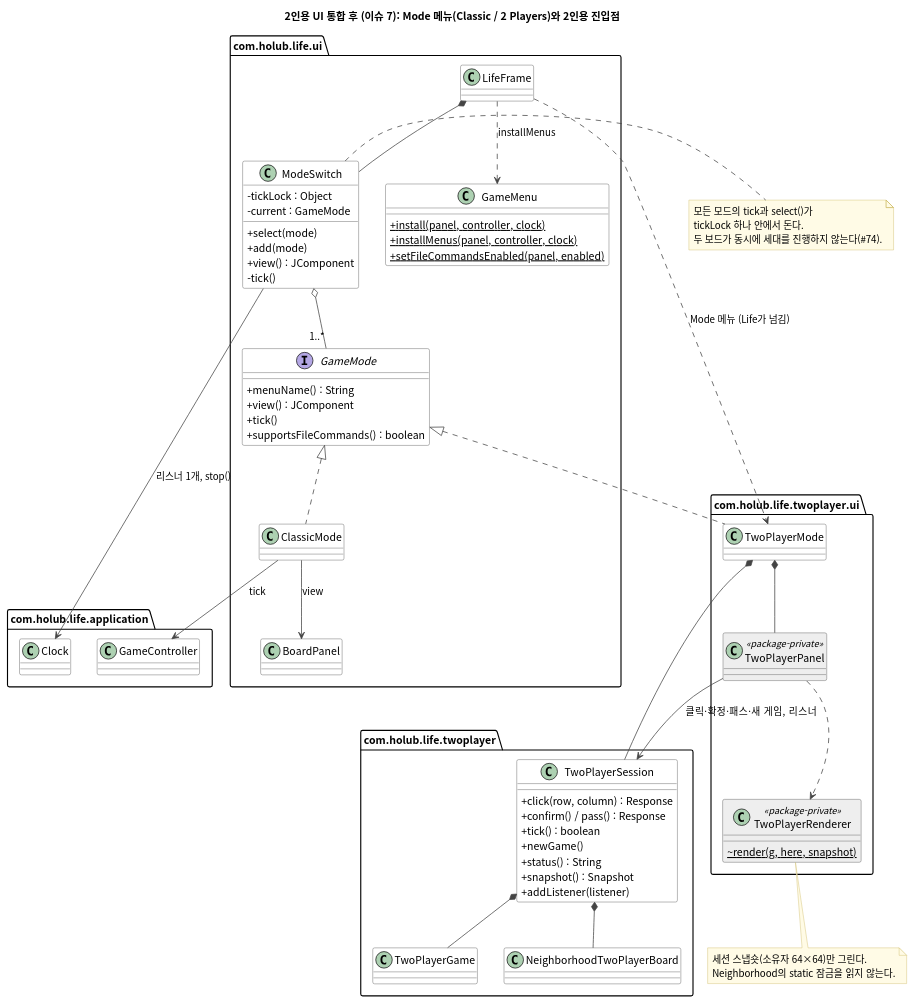
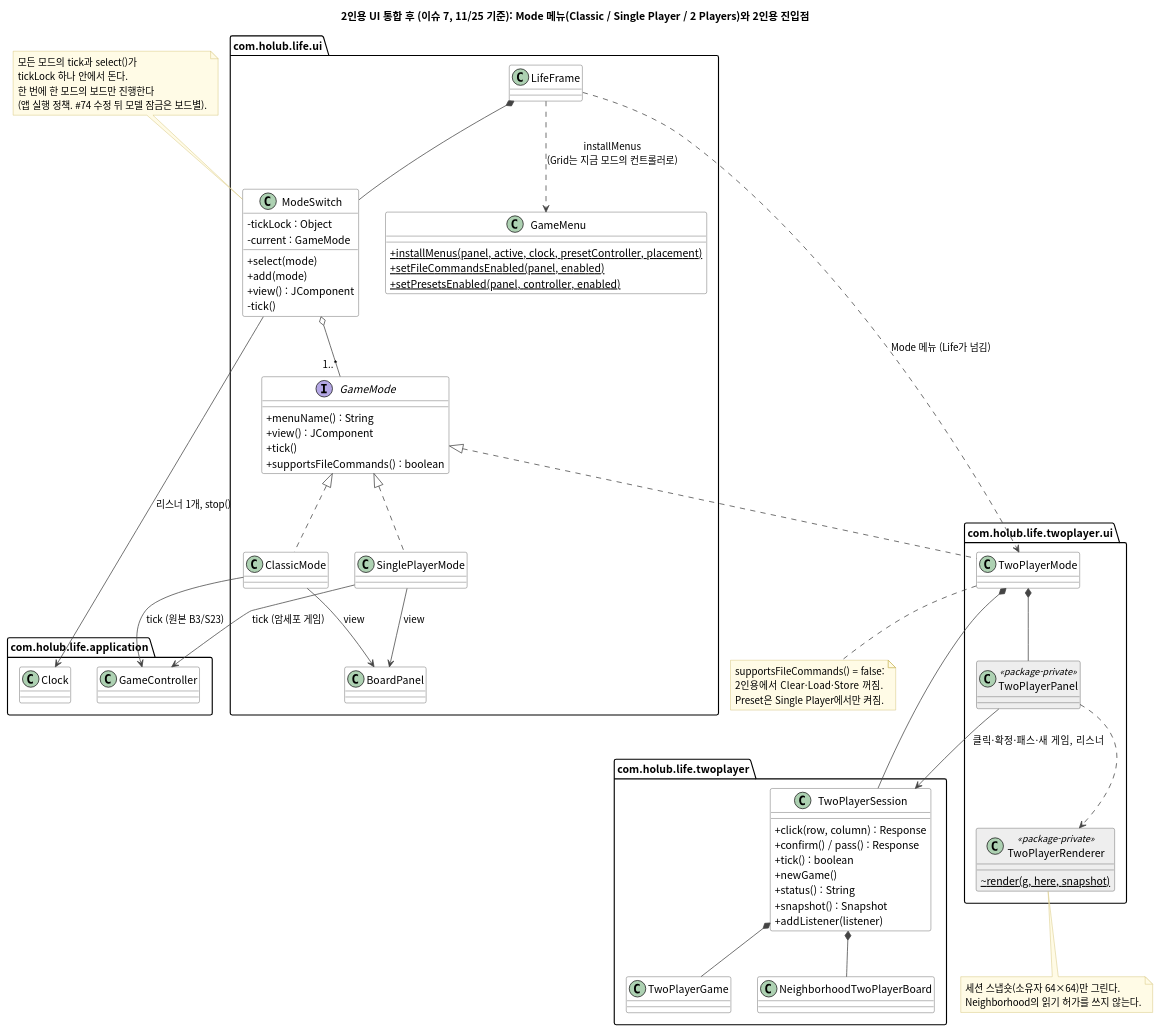
One commit to DesignPattern8/DPTermProject changed the diagram in Codes/GameOfLife/src/com/holub/life/twoplayer/docs/diagrams/twoplayer-ui-class.puml. Above: the diagram before and after it, drawn with PlantUML. The commit also changed 11 other files, not shown here.

```diff
--- a/Codes/GameOfLife/src/com/holub/life/twoplayer/docs/diagrams/twoplayer-ui-class.puml
+++ b/Codes/GameOfLife/src/com/holub/life/twoplayer/docs/diagrams/twoplayer-ui-class.puml
@@ -1,101 +1,113 @@
 @startuml twoplayer-ui-class
 ' #7 후: Mode 메뉴와 2인용 진입점 (007-two-player-ui.md). 근거: ui/ModeSwitch.java, ui/GameMode.java, ui/ClassicMode.java,
-' ui/LifeFrame.java, twoplayer/TwoPlayerSession.java, twoplayer/ui/*.java
+' ui/SinglePlayerMode.java, ui/LifeFrame.java, ui/GameMenu.java, twoplayer/TwoPlayerSession.java, twoplayer/ui/*.java
+' 2026-11-25 갱신 (origin/main 2c22cab): GameMenu.install 삭제(#102, ui/docs/011),
+' Classic / Single Player 분리(#109, ui/docs/012), Neighborhood 전이 상태 보드별(#74). 007 "이후 변경".
 ' 공개(public) 타입은 흰색, package-private 타입은 회색.
 skinparam defaultFontName "Noto Sans CJK KR"
 skinparam classAttributeIconSize 0
 skinparam shadowing false
 set separator none
 skinparam class {
   BackgroundColor #FFFFFF
   BorderColor #444444
   ArrowColor #444444
 }
 skinparam class<<package-private>> {
   BackgroundColor #EEEEEE
 }
 skinparam note {
   BackgroundColor #FFFBE6
   BorderColor #C9B458
 }
 
-title 2인용 UI 통합 후 (이슈 7): Mode 메뉴(Classic / 2 Players)와 2인용 진입점
+title 2인용 UI 통합 후 (이슈 7, 11/25 기준): Mode 메뉴(Classic / Single Player / 2 Players)와 2인용 진입점
 
 package com.holub.life.ui {
   class LifeFrame
   class BoardPanel
   class GameMenu {
-    + {static} install(panel, controller, clock)
-    + {static} installMenus(panel, controller, clock)
+    + {static} installMenus(panel, active, clock, presetController, placement)
     + {static} setFileCommandsEnabled(panel, enabled)
+    + {static} setPresetsEnabled(panel, controller, enabled)
   }
   interface GameMode {
     + menuName() : String
     + view() : JComponent
     + tick()
     + supportsFileCommands() : boolean
   }
   class ModeSwitch {
     - tickLock : Object
     - current : GameMode
     + select(mode)
     + add(mode)
     + view() : JComponent
     - tick()
   }
   class ClassicMode
+  class SinglePlayerMode
 }
 
 package com.holub.life.application {
   class Clock
   class GameController
 }
 
 package com.holub.life.twoplayer {
   class TwoPlayerSession {
     + click(row, column) : Response
     + confirm() / pass() : Response
     + tick() : boolean
     + newGame()
     + status() : String
     + snapshot() : Snapshot
     + addListener(listener)
   }
   class TwoPlayerGame
   class NeighborhoodTwoPlayerBoard
 }
 
 package com.holub.life.twoplayer.ui {
   class TwoPlayerMode
   class TwoPlayerPanel <<package-private>>
   class TwoPlayerRenderer <<package-private>> {
     ~ {static} render(g, here, snapshot)
   }
 }
 
-LifeFrame ..> GameMenu : installMenus
+LifeFrame ..> GameMenu : installMenus\n(Grid는 지금 모드의 컨트롤러로)
 LifeFrame *-- ModeSwitch
 LifeFrame ..> TwoPlayerMode : Mode 메뉴 (Life가 넘김)
 ModeSwitch o-- "1..*" GameMode
 ModeSwitch --> Clock : 리스너 1개, stop()
 GameMode <|.. ClassicMode
+GameMode <|.. SinglePlayerMode
 GameMode <|.. TwoPlayerMode
 ClassicMode --> BoardPanel : view
-ClassicMode --> GameController : tick
+ClassicMode --> GameController : tick (원본 B3/S23)
+SinglePlayerMode --> BoardPanel : view
+SinglePlayerMode --> GameController : tick (암세포 게임)
 TwoPlayerMode *-- TwoPlayerSession
 TwoPlayerMode *-- TwoPlayerPanel
 TwoPlayerPanel --> TwoPlayerSession : 클릭·확정·패스·새 게임, 리스너
 TwoPlayerPanel ..> TwoPlayerRenderer
 TwoPlayerSession *-- TwoPlayerGame
 TwoPlayerSession *-- NeighborhoodTwoPlayerBoard
 
-note right of ModeSwitch
+note top of ModeSwitch
   모든 모드의 tick과 select()가
   tickLock 하나 안에서 돈다.
-  두 보드가 동시에 세대를 진행하지 않는다(#74).
+  한 번에 한 모드의 보드만 진행한다
+  (앱 실행 정책. #74 수정 뒤 모델 잠금은 보드별).
 end note
 note bottom of TwoPlayerRenderer
   세션 스냅숏(소유자 64×64)만 그린다.
-  Neighborhood의 static 잠금을 읽지 않는다.
+  Neighborhood의 읽기 허가를 쓰지 않는다.
+end note
+note bottom of TwoPlayerMode
+  supportsFileCommands() = false:
+  2인용에서 Clear·Load·Store 꺼짐.
+  Preset은 Single Player에서만 켜짐.
 end note
 @enduml
```
